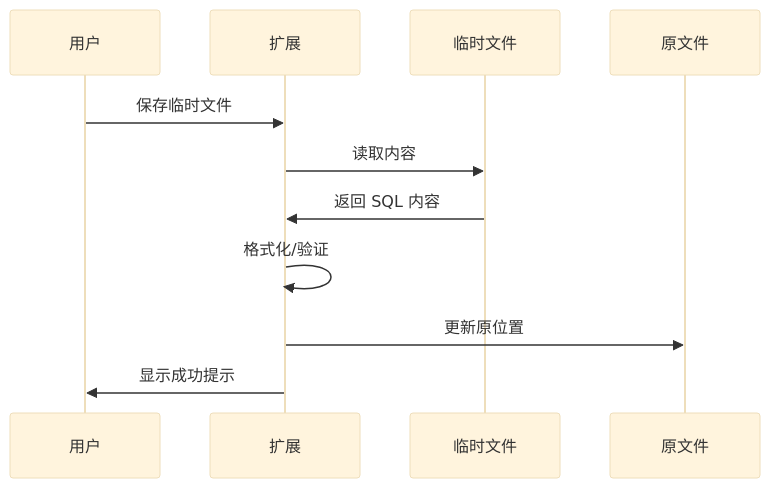
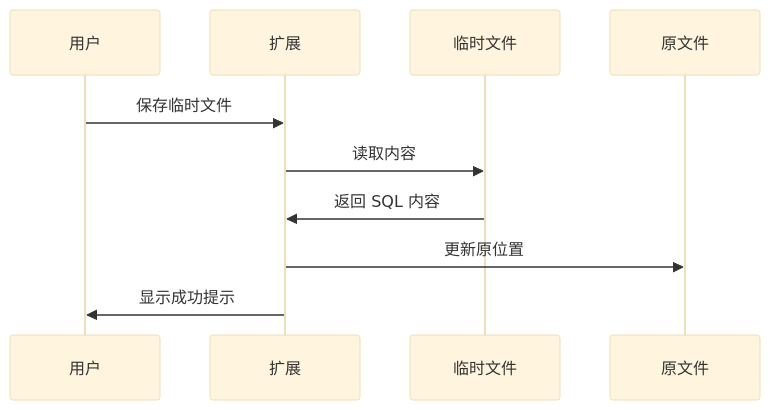
One commit to StrayDragon/sqlsugar changed the fifth of 8 diagrams in docs/plan/2025-08-09-MVP.md. Above: the diagram before and after it, drawn with Mermaid (base theme). The commit also changed other lines of this file and 6 other files, not shown here.

````diff
--- a/docs/plan/2025-08-09-MVP.md
+++ b/docs/plan/2025-08-09-MVP.md
@@ -143,14 +144,13 @@
 ```mermaid
 sequenceDiagram
     participant U as 用户
     participant E as 扩展
     participant T as 临时文件
     participant O as 原文件
 
     U->>E: 保存临时文件
     E->>T: 读取内容
     T->>E: 返回 SQL 内容
-    E->>E: 格式化/验证
     E->>O: 更新原位置
     E->>U: 显示成功提示
 ```
````
